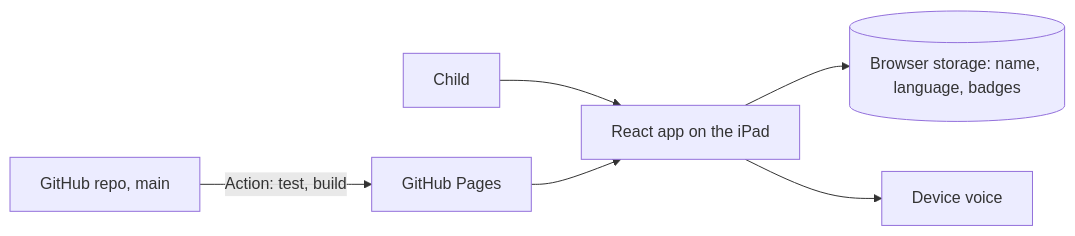
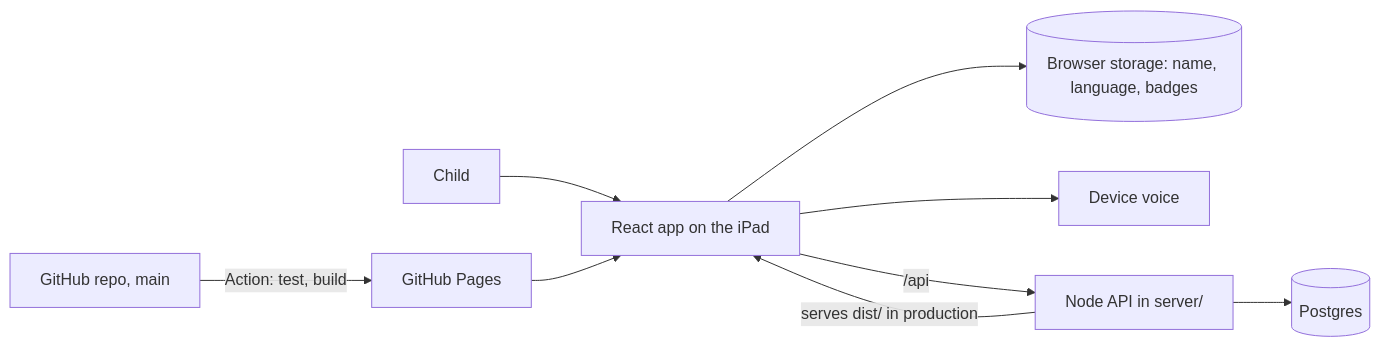
One commit to sredhu37/ripples changed the diagram in ARCHITECTURE.md. Above: the diagram before and after it, drawn with Mermaid. The commit also changed other lines of this file and 24 other files, not shown here.

Commit message:
API and local Postgres scaffold (#212)

````diff
--- a/ARCHITECTURE.md
+++ b/ARCHITECTURE.md
@@ -7,8 +7,11 @@
 ```mermaid
 flowchart LR
   Child --> App[React app on the iPad]
   App --> Store[(Browser storage: name, language, badges)]
   App --> Speech[Device voice]
   Pages[GitHub Pages] --> App
   Repo[GitHub repo, main] -->|Action: test, build| Pages
+  App -->|/api| API[Node API in server/]
+  API -->|serves dist/ in production| App
+  API --> DB[(Postgres)]
 ```
````
